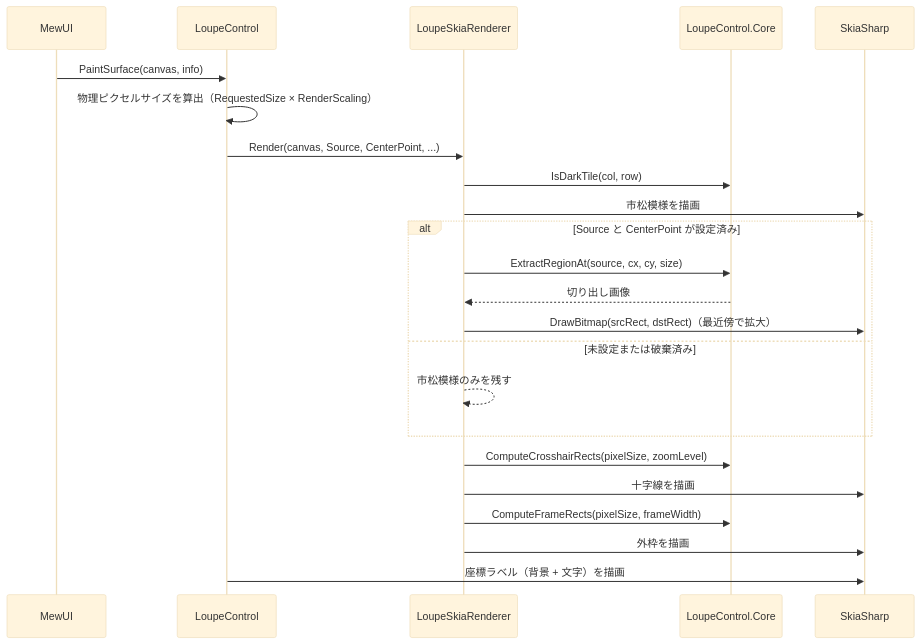
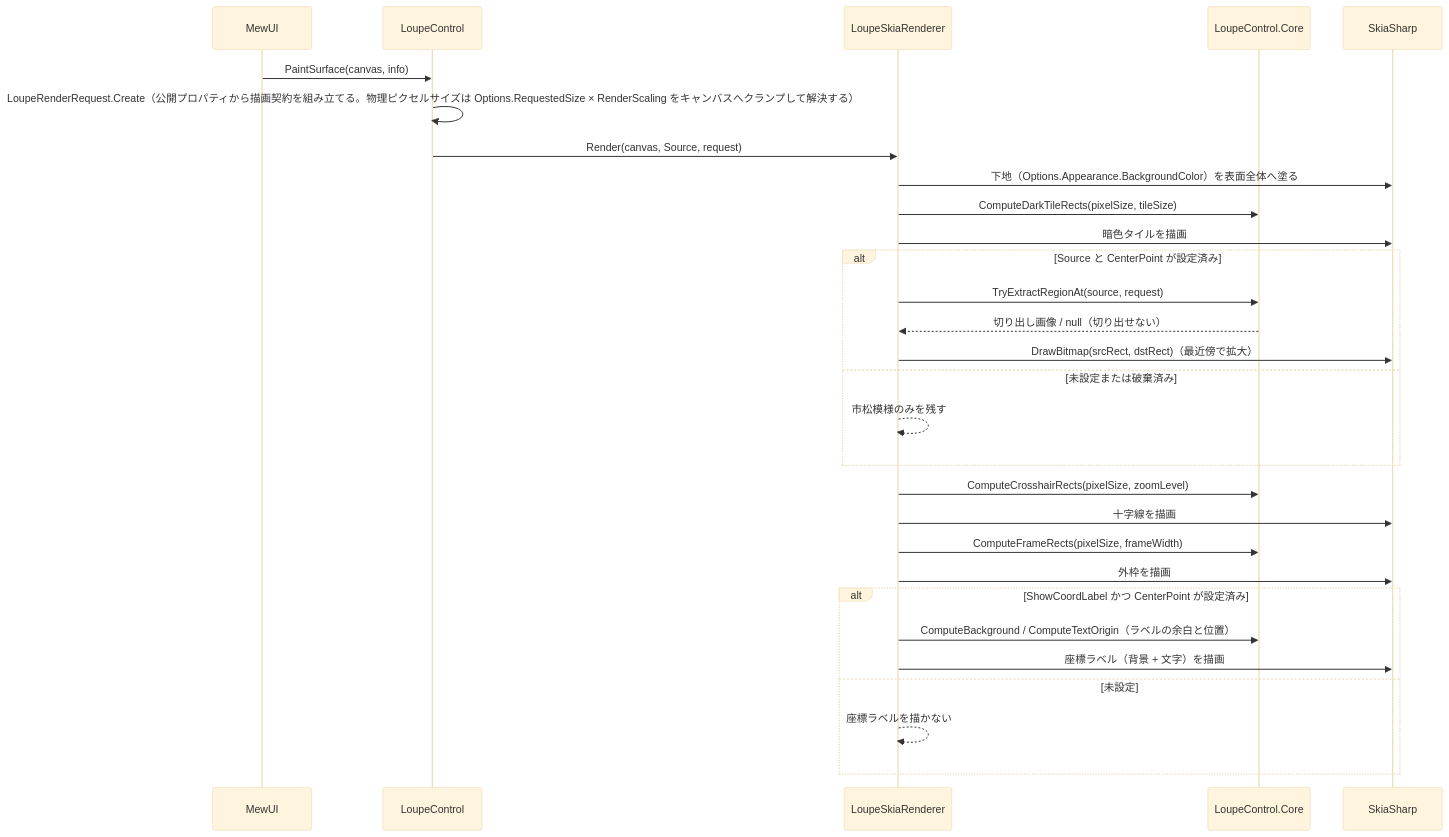
Before and after one commit to tomokuni/SaveEvidence: the second of 2 diagrams in src/LoupeControl.MewUI/SPEC_System.md, drawn with Mermaid (base theme). The commit also changed other lines of this file and 122 other files, not shown here.

````diff
--- a/src/LoupeControl.MewUI/SPEC_System.md
+++ b/src/LoupeControl.MewUI/SPEC_System.md
@@ -152,26 +176,32 @@
 ```mermaid
 sequenceDiagram
     participant MW as MewUI
     participant LC as LoupeControl
     participant R as LoupeSkiaRenderer
     participant C as LoupeControl.Core
     participant SK as SkiaSharp
 
     MW->>LC: PaintSurface(canvas, info)
-    LC->>LC: 物理ピクセルサイズを算出（RequestedSize × RenderScaling）
-    LC->>R: Render(canvas, Source, CenterPoint, ...)
-    R->>C: IsDarkTile(col, row)
-    R->>SK: 市松模様を描画
+    LC->>LC: LoupeRenderRequest.Create（公開プロパティから描画契約を組み立てる。物理ピクセルサイズは Options.RequestedSize × RenderScaling をキャンバスへクランプして解決する）
+    LC->>R: Render(canvas, Source, request)
+    R->>SK: 下地（Options.Appearance.BackgroundColor）を表面全体へ塗る
+    R->>C: ComputeDarkTileRects(pixelSize, tileSize)
+    R->>SK: 暗色タイルを描画
     alt Source と CenterPoint が設定済み
-        R->>C: ExtractRegionAt(source, cx, cy, size)
-        C-->>R: 切り出し画像
+        R->>C: TryExtractRegionAt(source, request)
+        C-->>R: 切り出し画像 / null（切り出せない）
         R->>SK: DrawBitmap(srcRect, dstRect)（最近傍で拡大）
     else 未設定または破棄済み
         R-->>R: 市松模様のみを残す
     end
     R->>C: ComputeCrosshairRects(pixelSize, zoomLevel)
     R->>SK: 十字線を描画
     R->>C: ComputeFrameRects(pixelSize, frameWidth)
     R->>SK: 外枠を描画
-    LC->>SK: 座標ラベル（背景 + 文字）を描画
+    alt ShowCoordLabel かつ CenterPoint が設定済み
+        R->>C: ComputeBackground / ComputeTextOrigin（ラベルの余白と位置）
+        R->>SK: 座標ラベル（背景 + 文字）を描画
+    else 未設定
+        R-->>R: 座標ラベルを描かない
+    end
 ```
````
